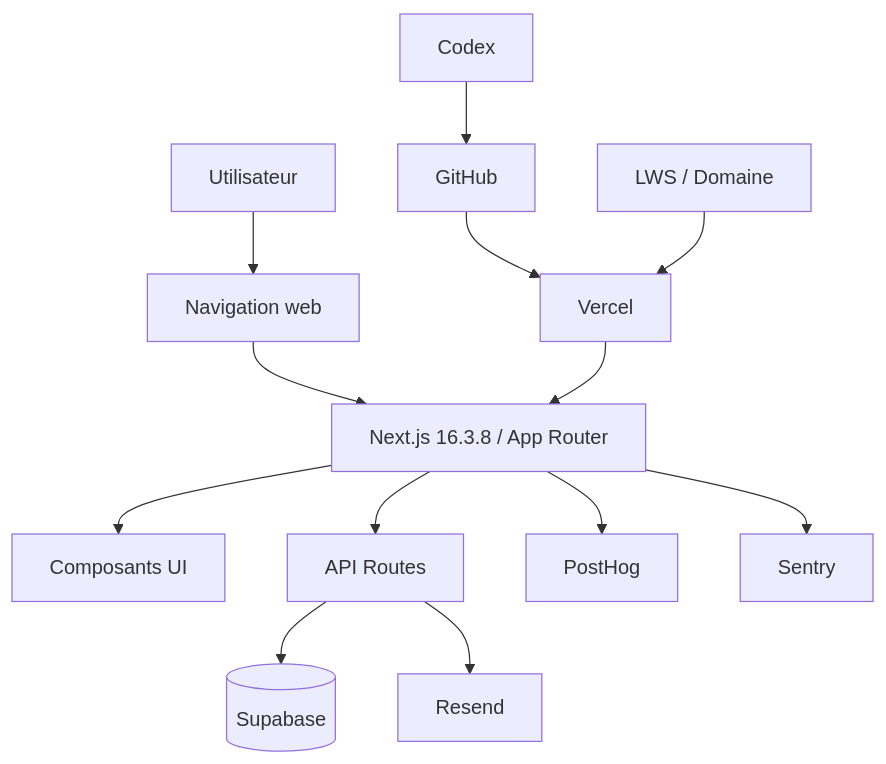
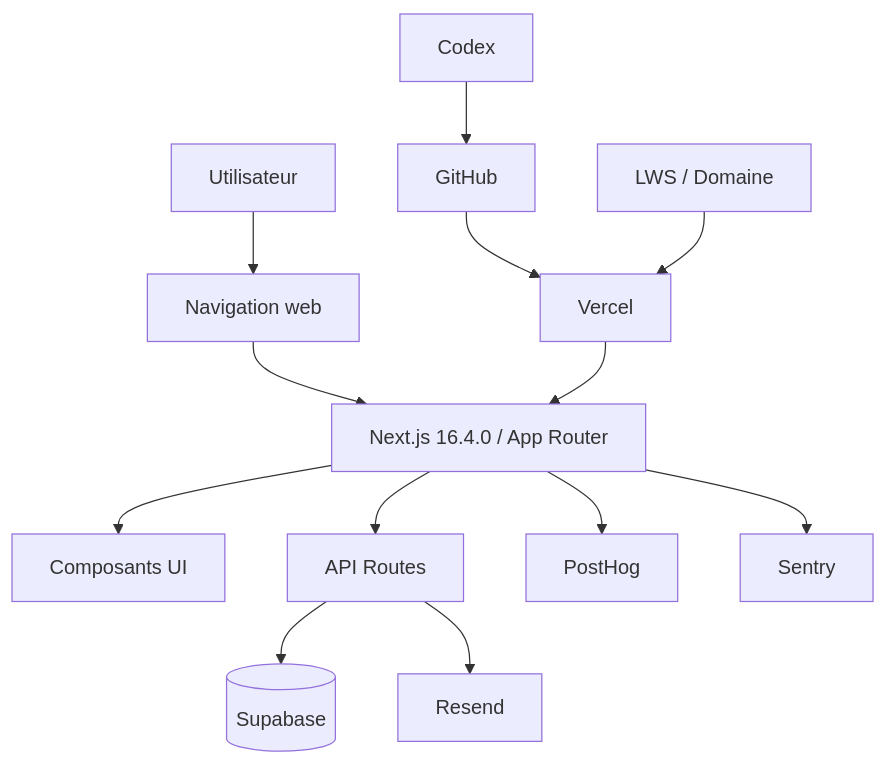
One commit to maxd4/CleanmyMap changed the diagram in documentation/architecture/methodologie-fonctionnement-site.md. Above: the diagram before and after it, drawn with Mermaid. The commit also changed other lines of this file and 4 other files, not shown here.

````diff
--- a/documentation/architecture/methodologie-fonctionnement-site.md
+++ b/documentation/architecture/methodologie-fonctionnement-site.md
@@ -25,17 +25,17 @@
 ```mermaid
 flowchart TD
   U[Utilisateur] --> N[Navigation web]
-  N --> W[Next.js 16.3.8 / App Router]
+  N --> W[Next.js 16.4.0 / App Router]
   W --> C[Composants UI]
   W --> A[API Routes]
 
   A --> S[(Supabase)]
   A --> R[Resend]
   W --> P[PostHog]
   W --> E[Sentry]
 
   G[GitHub] --> V[Vercel]
   Cx[Codex] --> G
   V --> W
   D[LWS / Domaine] --> V
 ```
````
